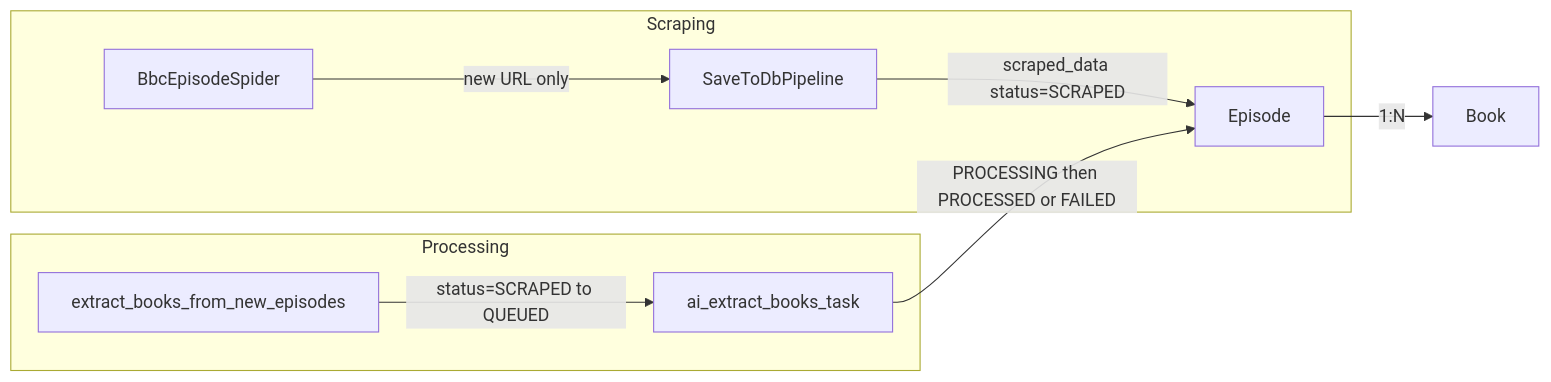
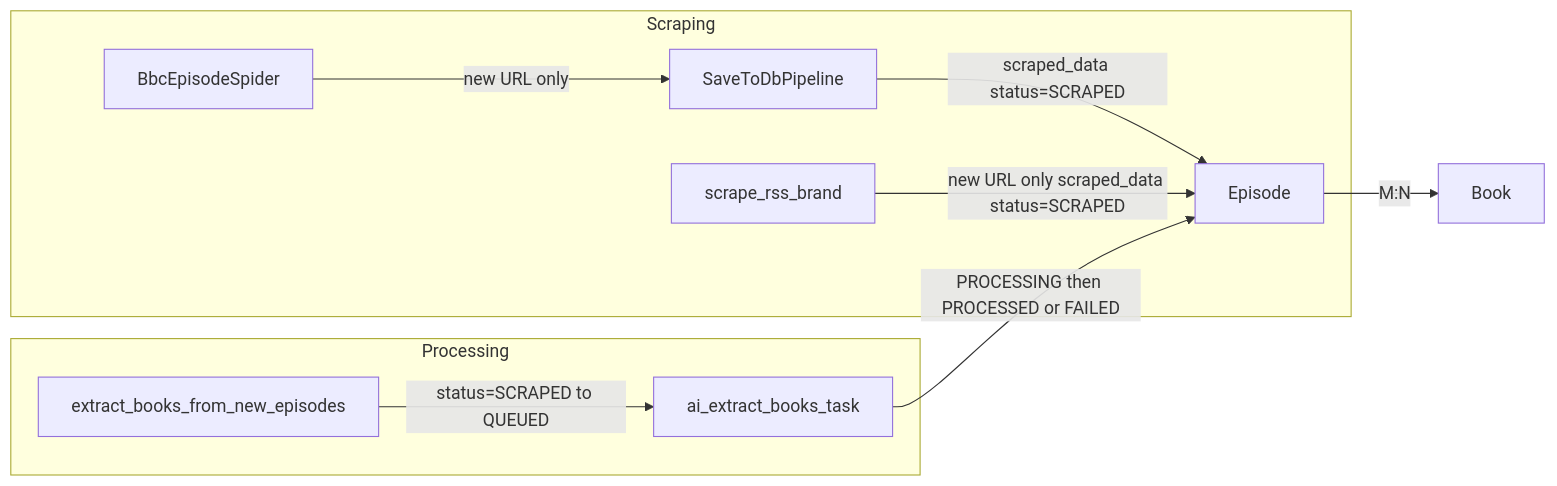
The second of 2 diagrams in ARCHITECTURE.md (seb-thomas/scaling-engine), drawn with Mermaid before and after one commit. The commit also changed other lines of this file and 2 other files, not shown here.

First line of the commit message:
Update architecture and project docs for multi-source scraping

````diff
--- a/ARCHITECTURE.md
+++ b/ARCHITECTURE.md
@@ -161,16 +167,18 @@
 ```mermaid
 flowchart LR
   subgraph scrape [Scraping]
     Spider[BbcEpisodeSpider]
+    RSS[scrape_rss_brand]
     Pipeline[SaveToDbPipeline]
     Spider -->|new URL only| Pipeline
     Pipeline -->|scraped_data status=SCRAPED| Episode[Episode]
+    RSS -->|new URL only scraped_data status=SCRAPED| Episode
   end
   subgraph process [Processing]
     Scheduler[extract_books_from_new_episodes]
     AITask[ai_extract_books_task]
     Scheduler -->|status=SCRAPED to QUEUED| AITask
     AITask -->|PROCESSING then PROCESSED or FAILED| Episode
   end
-  Episode -->|1:N| Book[Book]
+  Episode -->|M:N| Book[Book]
 ```
````
